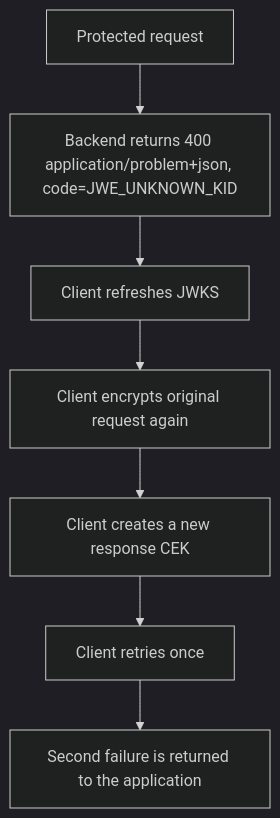
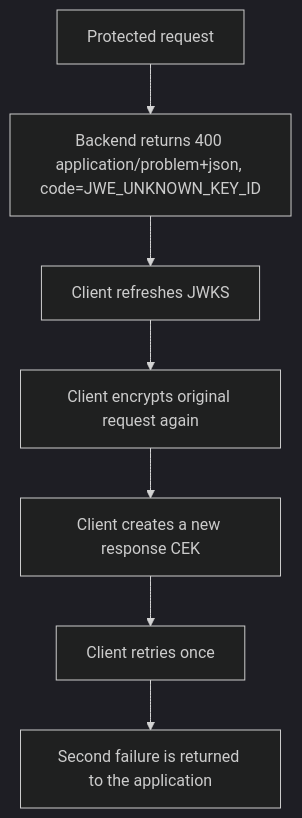
The second of 2 diagrams in docs/architecture.md (jeap-admin-ch/jeap-jwe-client), drawn with Mermaid (dark theme) before and after one commit. The commit also changed other lines of this file and 9 other files, not shown here.

````diff
--- a/docs/architecture.md
+++ b/docs/architecture.md
@@ -91,9 +91,9 @@
 ```mermaid
 flowchart TD
-  A[Protected request] --> B["Backend returns 400 application/problem+json, code=JWE_UNKNOWN_KID"]
+  A[Protected request] --> B["Backend returns 400 application/problem+json, code=JWE_UNKNOWN_KEY_ID"]
   B --> C[Client refreshes JWKS]
   C --> D[Client encrypts original request again]
   D --> E[Client creates a new response CEK]
   E --> F[Client retries once]
   F --> G[Second failure is returned to the application]
 ```
````
